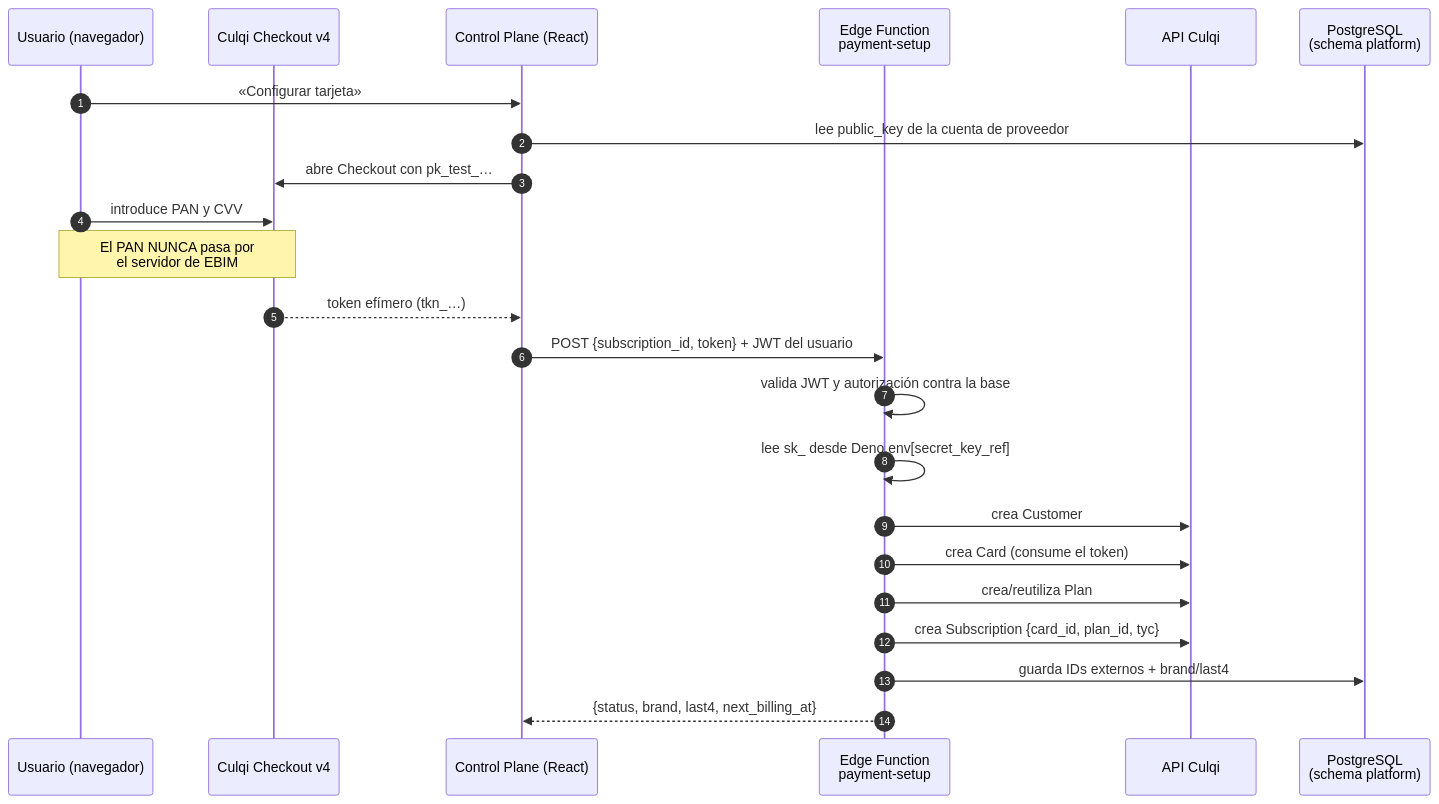
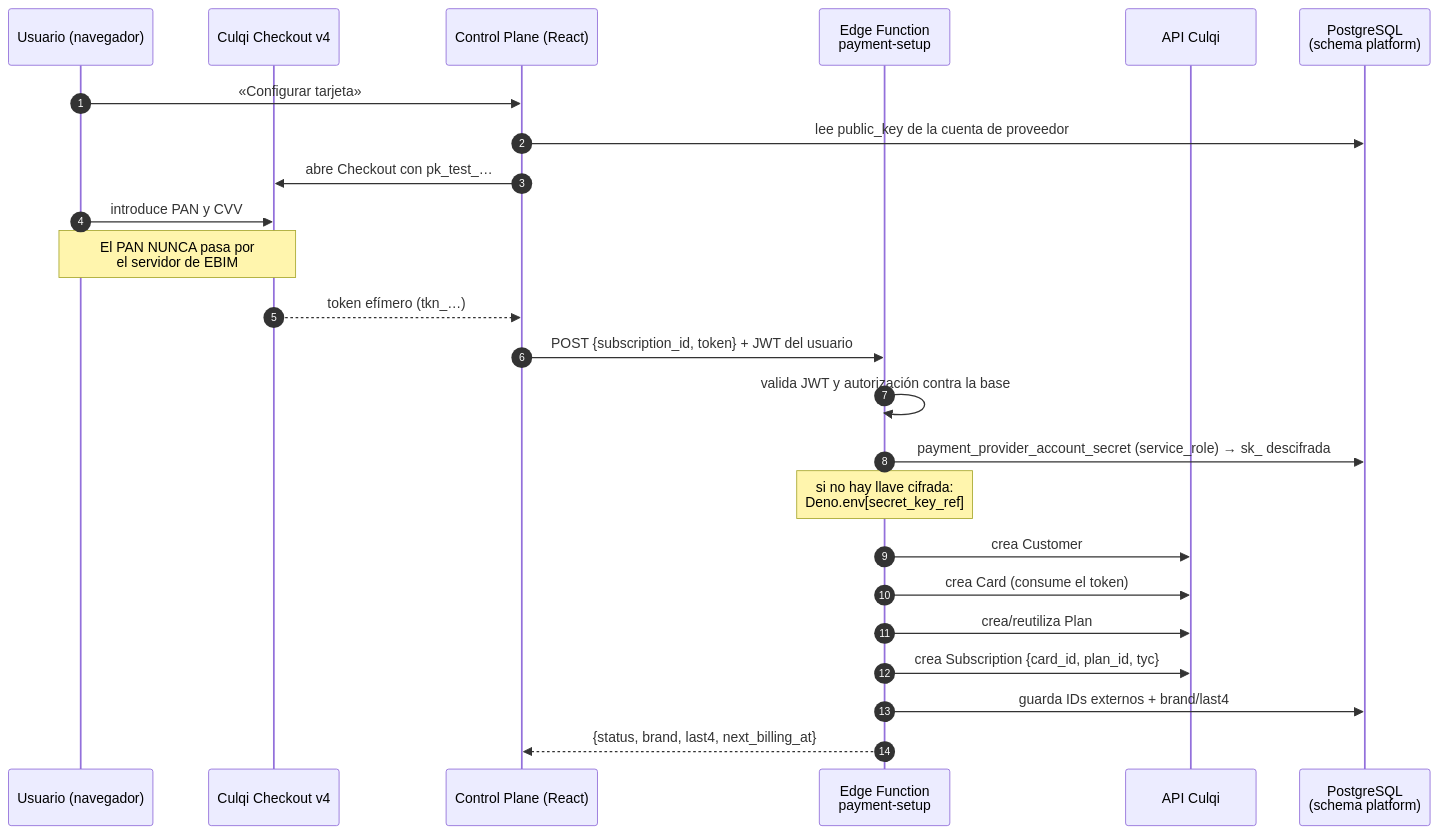
Before and after one commit to dcalagua/AdminMaestro: the first of 3 diagrams in docs/payments/CULQI_ARCHITECTURE.md, drawn with Mermaid. The commit also changed other lines of this file and 4 other files, not shown here.

````diff
--- a/docs/payments/CULQI_ARCHITECTURE.md
+++ b/docs/payments/CULQI_ARCHITECTURE.md
@@ -137,26 +141,27 @@
 ```mermaid
 sequenceDiagram
     autonumber
     participant U as Usuario (navegador)
     participant C4 as Culqi Checkout v4
     participant CP as Control Plane (React)
     participant EF as Edge Function<br/>payment-setup
     participant CU as API Culqi
     participant DB as PostgreSQL<br/>(schema platform)
 
     U->>CP: «Configurar tarjeta»
     CP->>DB: lee public_key de la cuenta de proveedor
     CP->>C4: abre Checkout con pk_test_…
     U->>C4: introduce PAN y CVV
     Note over U,C4: El PAN NUNCA pasa por<br/>el servidor de EBIM
     C4-->>CP: token efímero (tkn_…)
     CP->>EF: POST {subscription_id, token} + JWT del usuario
     EF->>EF: valida JWT y autorización contra la base
-    EF->>EF: lee sk_ desde Deno.env[secret_key_ref]
+    EF->>DB: payment_provider_account_secret (service_role) → sk_ descifrada
+    Note over EF: si no hay llave cifrada:<br/>Deno.env[secret_key_ref]
     EF->>CU: crea Customer
     EF->>CU: crea Card (consume el token)
     EF->>CU: crea/reutiliza Plan
     EF->>CU: crea Subscription {card_id, plan_id, tyc}
     EF->>DB: guarda IDs externos + brand/last4
     EF-->>CP: {status, brand, last4, next_billing_at}
 ```
````
